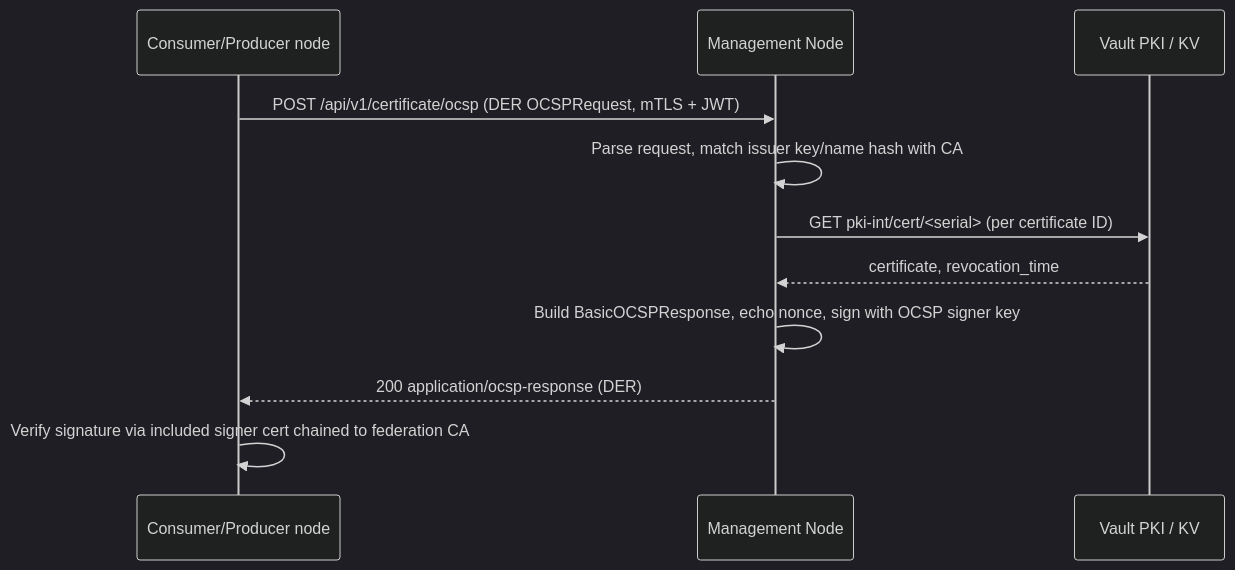
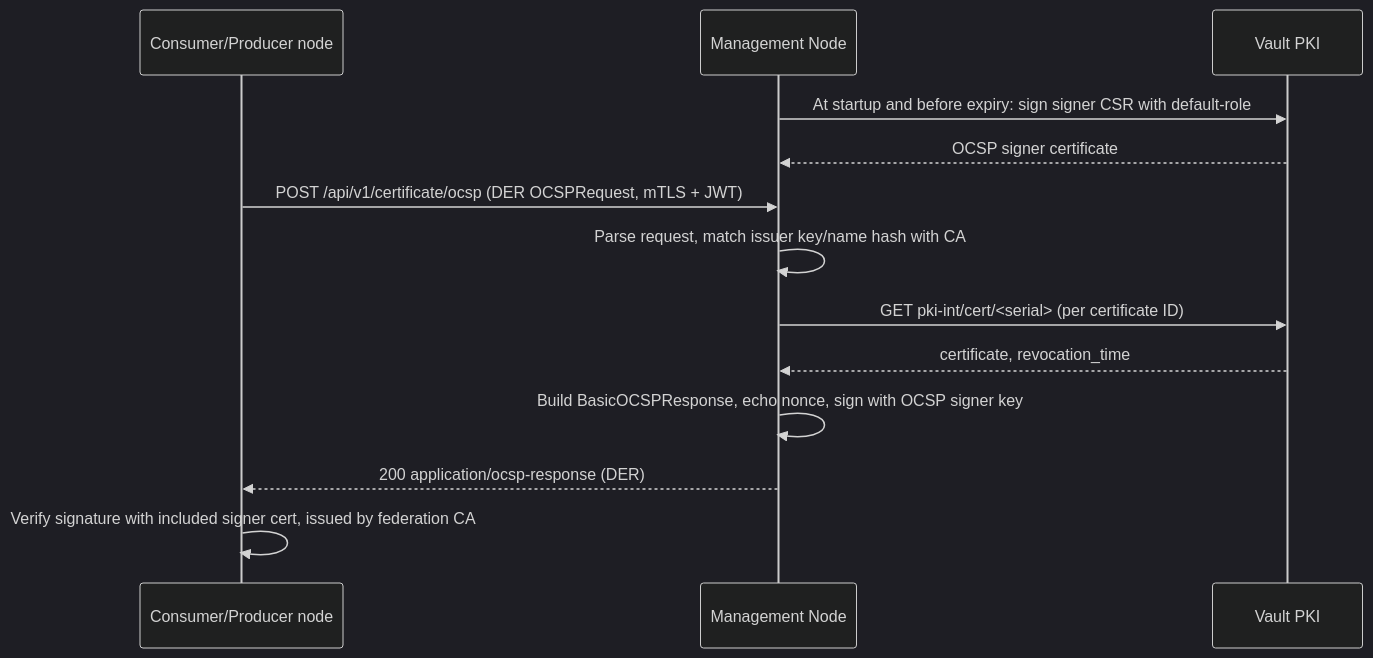
Before and after one commit to National-Node-Net/management-node: the diagram in docs/OCSP.md, drawn with Mermaid (dark theme). The commit also changed other lines of this file and 14 other files, not shown here.

First line of the commit message:
feat(ocsp): issue the OCSP signer through the default PKI role

````diff
--- a/docs/OCSP.md
+++ b/docs/OCSP.md
@@ -22,13 +22,15 @@
 ```mermaid
 sequenceDiagram
     participant Node as Consumer/Producer node
     participant MN as Management Node
-    participant Vault as Vault PKI / KV
+    participant Vault as Vault PKI
+    MN->>Vault: At startup and before expiry: sign signer CSR with default-role
+    Vault-->>MN: OCSP signer certificate
     Node->>MN: POST /api/v1/certificate/ocsp (DER OCSPRequest, mTLS + JWT)
     MN->>MN: Parse request, match issuer key/name hash with CA
     MN->>Vault: GET pki-int/cert/<serial> (per certificate ID)
     Vault-->>MN: certificate, revocation_time
     MN->>MN: Build BasicOCSPResponse, echo nonce, sign with OCSP signer key
     MN-->>Node: 200 application/ocsp-response (DER)
-    Node->>Node: Verify signature via included signer cert chained to federation CA
+    Node->>Node: Verify signature with included signer cert, issued by federation CA
 ```
````
